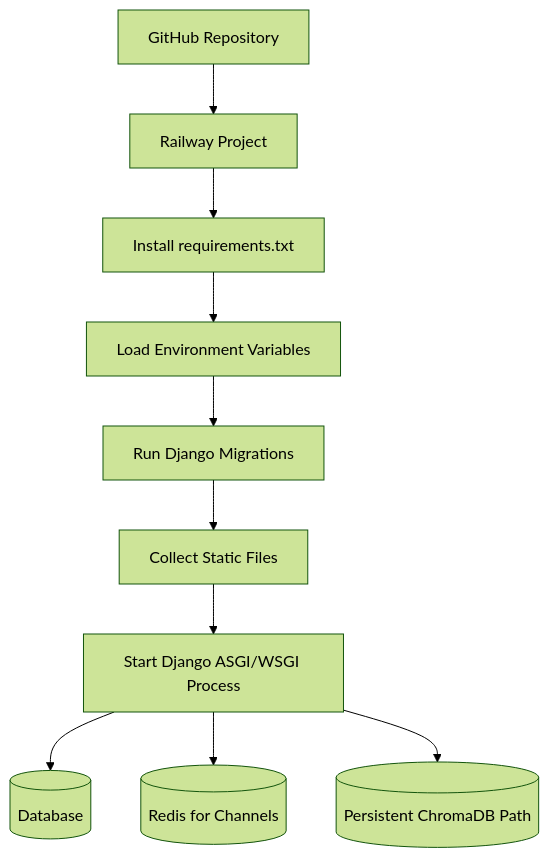
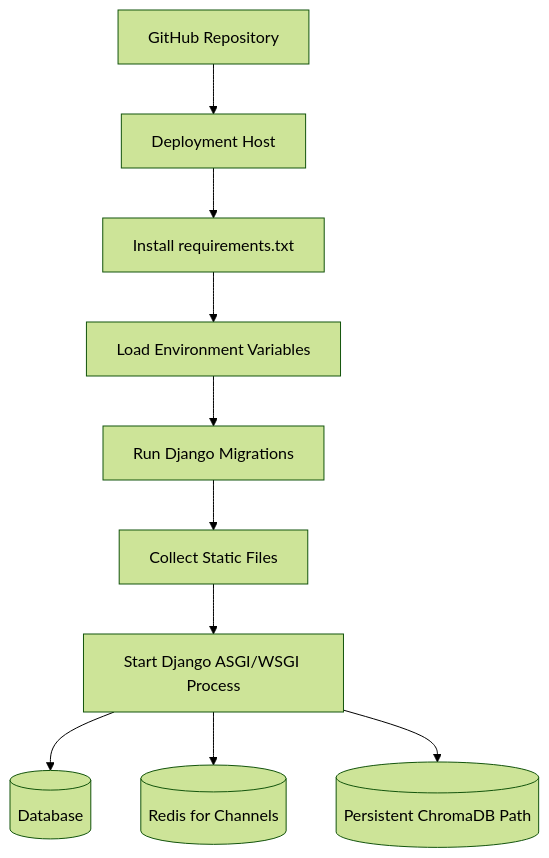
The diagram in docs/deployment.md (salamlakhan7/Job-connect-Full-stack), drawn with Mermaid (forest theme) before and after one commit. The commit also changed other lines of this file and 245 other files, not shown here.

````diff
--- a/docs/deployment.md
+++ b/docs/deployment.md
@@ -143,12 +145,12 @@
 ```mermaid
 flowchart TD
-    GitHub[GitHub Repository] --> Railway[Railway Project]
-    Railway --> Install[Install requirements.txt]
+    GitHub[GitHub Repository] --> Host[Deployment Host]
+    Host --> Install[Install requirements.txt]
     Install --> Env[Load Environment Variables]
     Env --> Migrate[Run Django Migrations]
     Migrate --> Static[Collect Static Files]
     Static --> App[Start Django ASGI/WSGI Process]
     App --> DB[(Database)]
     App --> Redis[(Redis for Channels)]
     App --> Chroma[(Persistent ChromaDB Path)]
 ```
````
